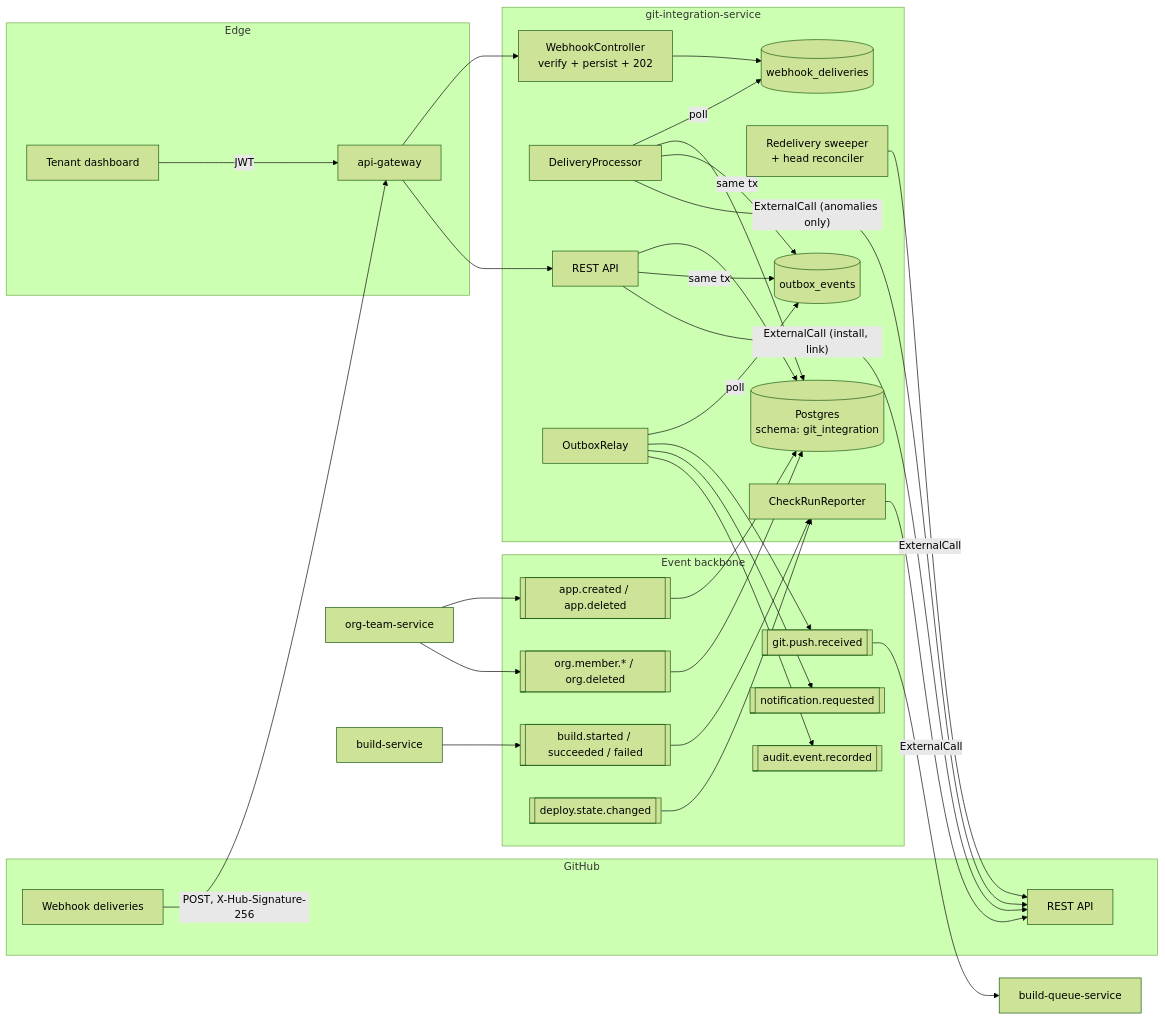
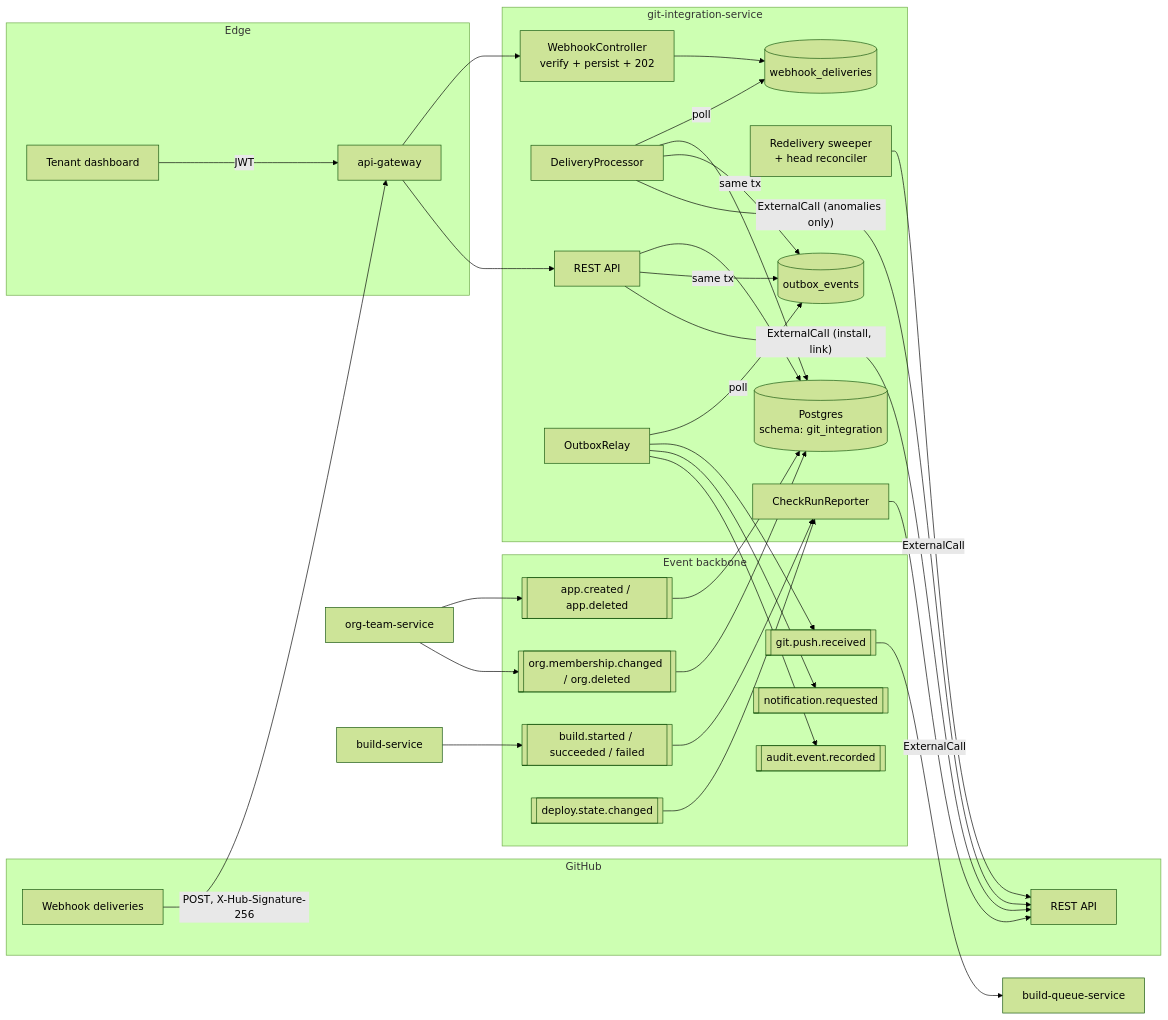
One commit to Wamitinewton/Pallet.io changed the first of 8 diagrams in docs/git-integration-service/ARCHITECTURE.md. Above: the diagram before and after it, drawn with Mermaid (forest theme). The commit also changed other lines of this file and 316 other files, not shown here.

````diff
--- a/docs/git-integration-service/ARCHITECTURE.md
+++ b/docs/git-integration-service/ARCHITECTURE.md
@@ -76,56 +81,56 @@
 ```mermaid
 flowchart LR
     subgraph GitHub
         GHW[Webhook deliveries]
         GHAPI[REST API]
     end
 
     subgraph Edge
         FE[Tenant dashboard]
         GW[api-gateway]
     end
 
     subgraph GIS["git-integration-service"]
         ING[WebhookController<br/>verify + persist + 202]
         WD[("webhook_deliveries")]
         PROC[DeliveryProcessor]
         API[REST API]
         REC[Redelivery sweeper<br/>+ head reconciler]
         CHK[CheckRunReporter]
         OB[("outbox_events")]
         RELAY[OutboxRelay]
         DB[(Postgres<br/>schema: git_integration)]
     end
 
     subgraph Backbone["Event backbone"]
         T1[["git.push.received"]]
         T2[["app.created / app.deleted"]]
-        T3[["org.member.* / org.deleted"]]
+        T3[["org.membership.changed / org.deleted"]]
         T4[["build.started / succeeded / failed"]]
         T5[["deploy.state.changed"]]
         T6[["notification.requested"]]
         T7[["audit.event.recorded"]]
     end
 
     BQ[build-queue-service]
     OTS[org-team-service]
     BS[build-service]
 
     GHW -- "POST, X-Hub-Signature-256" --> GW --> ING --> WD
     PROC -- poll --> WD
     PROC --> DB
     PROC -- same tx --> OB
     FE -- JWT --> GW --> API --> DB
     API -- same tx --> OB
     RELAY -- poll --> OB
     RELAY --> T1 & T6 & T7
     T1 --> BQ
     OTS --> T2 & T3
     T2 & T3 --> DB
     BS --> T4
     T4 & T5 --> CHK
     CHK -- ExternalCall --> GHAPI
     PROC -- "ExternalCall (anomalies only)" --> GHAPI
     REC -- ExternalCall --> GHAPI
     API -- "ExternalCall (install, link)" --> GHAPI
 ```
````
